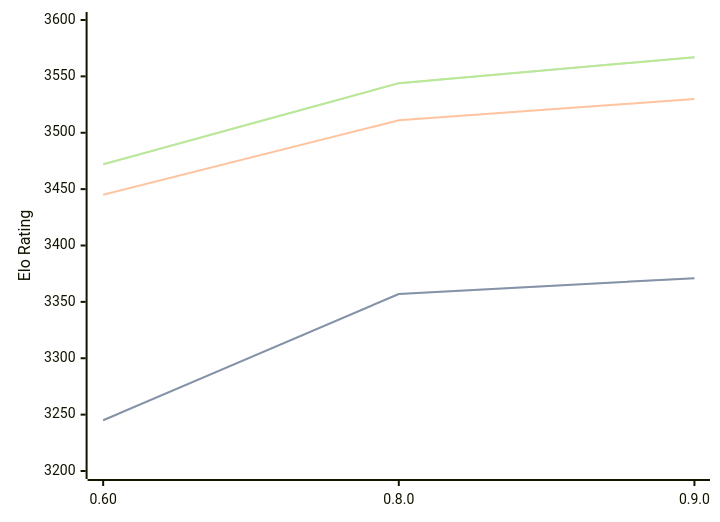
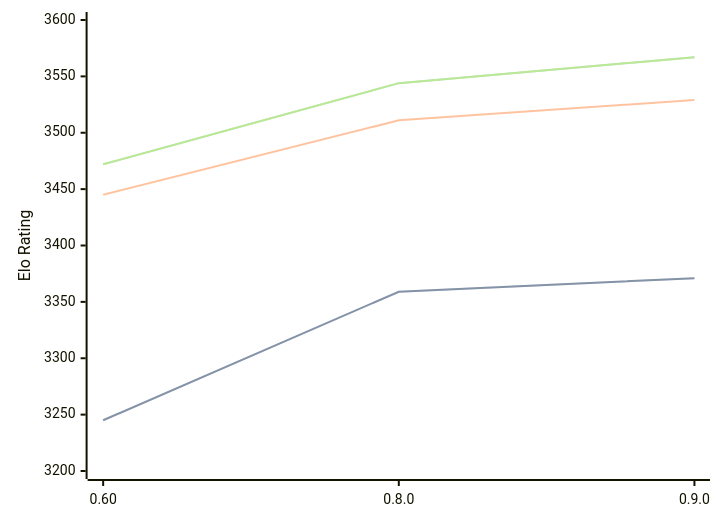
The diagram in engines/Motor.md (computer-chess-index/cci), drawn with Mermaid before and after one commit. The commit also changed other lines of this file, not shown here.

Commit message:
Update CCI Ratings (ELO VLTC) - 2026-02-18

````diff
--- a/engines/Motor.md
+++ b/engines/Motor.md
@@ -36,11 +36,11 @@
 ```mermaid
 %%{init: {"theme":"base","themeVariables":{"seriesColors:['#a3a3a3','#222221','#faa371']}}}%%
 xychart-beta
   x-axis ["0.60", "0.8.0", "0.9.0"]
   y-axis "Elo Rating" 3200 --> 3600
-  line "STC (8.0+0.08s)" [3245, 3357, 3371]
-  line "STC (8.0+0.08s)" [3245, 3357, 3371]
-  line "LTC (60.0+0.60s)" [3445, 3511, 3530]
+  line "STC (8.0+0.08s)" [3245, 3359, 3371]
+  line "STC (8.0+0.08s)" [3245, 3359, 3371]
+  line "LTC (60.0+0.60s)" [3445, 3511, 3529]
   line "VLTC (2m24s+1.12s)" [3472, 3544, 3567]
   line "VLTC (2m24s+1.12s)" [3472, 3544, 3567]
 ```
````
